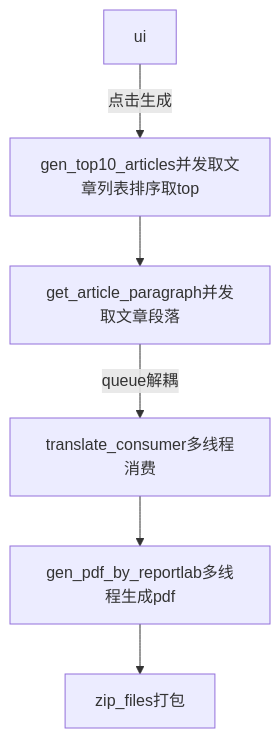
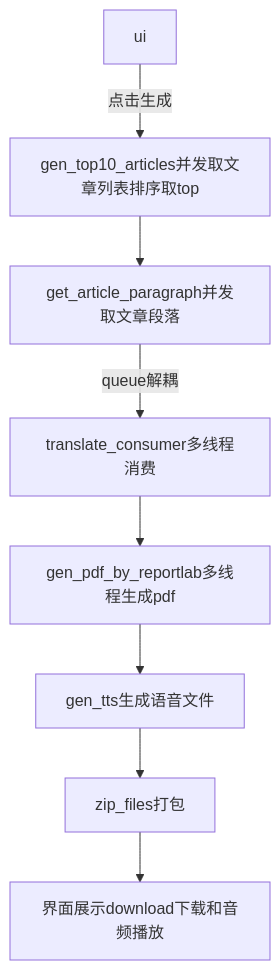
Before and after one commit to FrozenZero/2024Game: the diagram in README.md, drawn with Mermaid. The commit also changed other lines of this file, not shown here.

````diff
--- a/README.md
+++ b/README.md
@@ -36,9 +39,11 @@
 ```mermaid
 graph TB;
 ui--点击生成-->gen_top10_articles并发取文章列表排序取top
 gen_top10_articles并发取文章列表排序取top-->get_article_paragraph并发取文章段落
 get_article_paragraph并发取文章段落--queue解耦-->translate_consumer多线程消费
 translate_consumer多线程消费-->gen_pdf_by_reportlab多线程生成pdf
-gen_pdf_by_reportlab多线程生成pdf-->zip_files打包
+gen_pdf_by_reportlab多线程生成pdf-->gen_tts生成语音文件
+gen_tts生成语音文件-->zip_files打包
+zip_files打包-->界面展示download下载和音频播放
 
 ```
````
